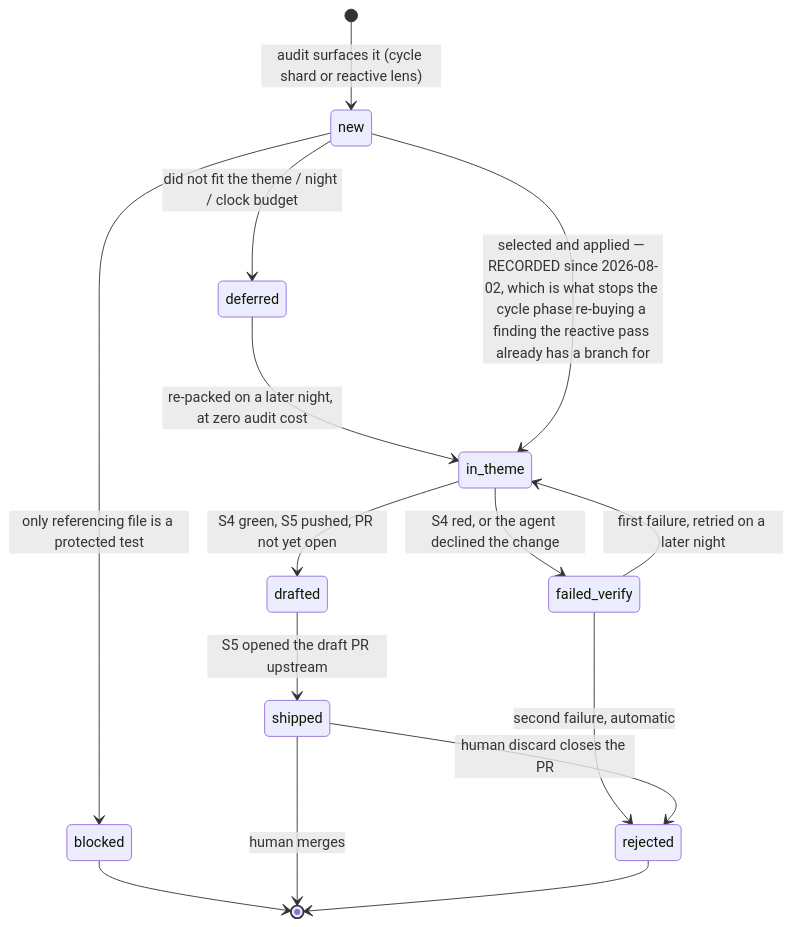
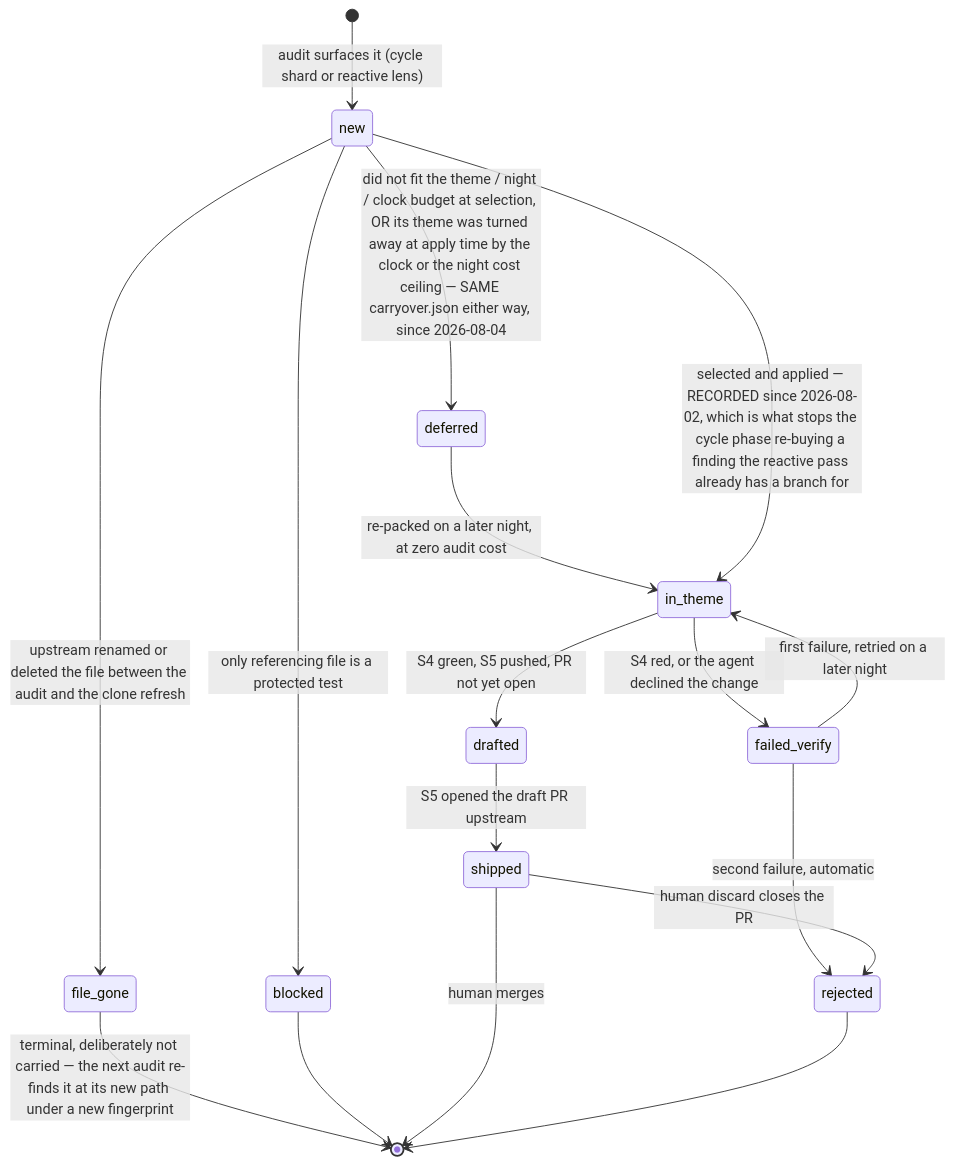
Before and after one commit to ayushmk7/NightShift: the third of 4 diagrams in WORKFLOW.md, drawn with Mermaid. The commit also changed other lines of this file and 10 other files, not shown here.

First line of the commit message:
Close the apply-side budget and carryover holes, and the file check that let stale findings through

````diff
--- a/WORKFLOW.md
+++ b/WORKFLOW.md
@@ -263,17 +269,19 @@
 ```mermaid
 stateDiagram-v2
     [*] --> new: audit surfaces it (cycle shard or reactive lens)
-    new --> deferred: did not fit the theme / night / clock budget
+    new --> deferred: did not fit the theme / night / clock budget at selection, OR its theme was turned away at apply time by the clock or the night cost ceiling — SAME carryover.json either way, since 2026-08-04
     deferred --> in_theme: re-packed on a later night, at zero audit cost
     new --> in_theme: selected and applied — RECORDED since 2026-08-02, which is what stops the cycle phase re-buying a finding the reactive pass already has a branch for
     new --> blocked: only referencing file is a protected test
+    new --> file_gone: upstream renamed or deleted the file between the audit and the clone refresh
+    file_gone --> [*]: terminal, deliberately not carried — the next audit re-finds it at its new path under a new fingerprint
     in_theme --> drafted: S4 green, S5 pushed, PR not yet open
     drafted --> shipped: S5 opened the draft PR upstream
     in_theme --> failed_verify: S4 red, or the agent declined the change
     failed_verify --> in_theme: first failure, retried on a later night
     failed_verify --> rejected: second failure, automatic
     shipped --> rejected: human discard closes the PR
     blocked --> [*]
     shipped --> [*]: human merges
     rejected --> [*]
 ```
````
